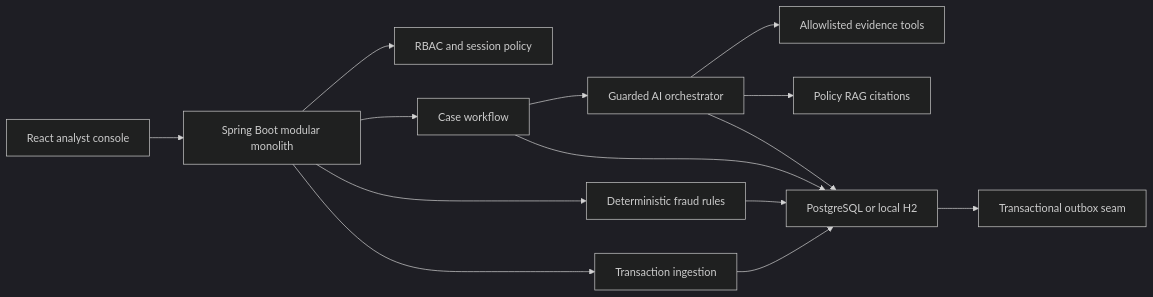
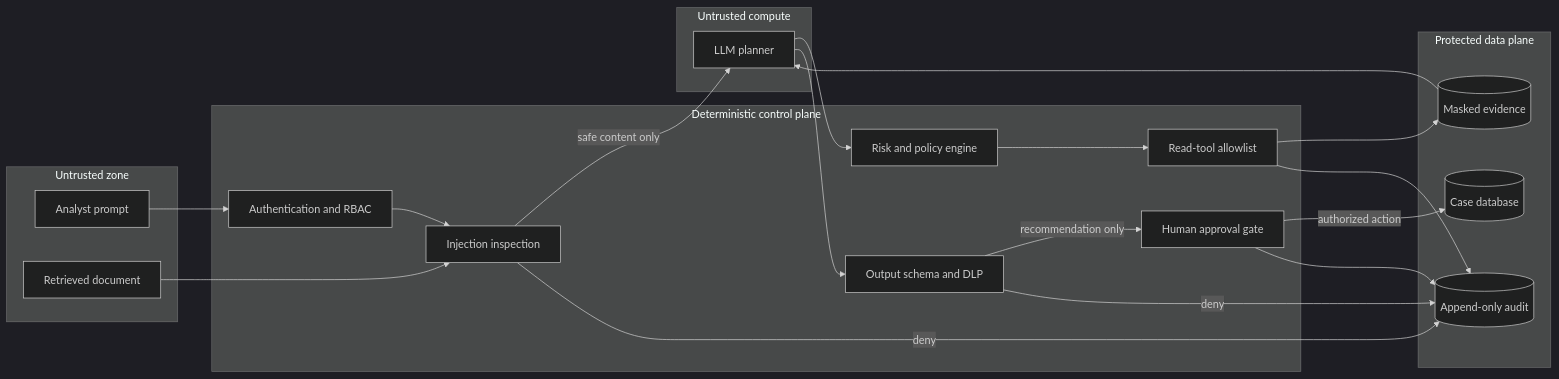
The first of 5 diagrams in ai-risk-fraud-investigation-assistant/docs/DIAGRAMS.md (thechiranjeevjain/HLD), drawn with Mermaid (dark theme) before and after one commit. The commit also changed other lines of this file and 11 other files, not shown here.

Commit message:
Secure AI risk analyst against adversarial inputs

````diff
--- a/ai-risk-fraud-investigation-assistant/docs/DIAGRAMS.md
+++ b/ai-risk-fraud-investigation-assistant/docs/DIAGRAMS.md
@@ -5,16 +5,35 @@
 ```mermaid
 flowchart LR
-    UI["React analyst console"] --> API["Spring Boot modular monolith"]
-    API --> Security["RBAC and session policy"]
-    API --> Transactions["Transaction ingestion"]
-    API --> Rules["Deterministic fraud rules"]
-    API --> Cases["Case workflow"]
-    Cases --> AI["Guarded AI orchestrator"]
-    AI --> Tools["Allowlisted evidence tools"]
-    AI --> RAG["Policy RAG citations"]
-    Transactions --> DB["PostgreSQL or local H2"]
-    Rules --> DB
-    Cases --> DB
-    AI --> DB
-    DB --> Outbox["Transactional outbox seam"]
+    subgraph U["Untrusted zone"]
+        User["Analyst prompt"]
+        Doc["Retrieved document"]
+    end
+    subgraph C["Deterministic control plane"]
+        Auth["Authentication and RBAC"]
+        Guard["Injection inspection"]
+        Policy["Risk and policy engine"]
+        Gateway["Read-tool allowlist"]
+        DLP["Output schema and DLP"]
+        Approval["Human approval gate"]
+    end
+    subgraph M["Untrusted compute"]
+        LLM["LLM planner"]
+    end
+    subgraph D["Protected data plane"]
+        Evidence[("Masked evidence")]
+        CaseDB[("Case database")]
+        Audit[("Append-only audit")]
+    end
+    User --> Auth --> Guard
+    Doc --> Guard
+    Guard -->|safe content only| LLM
+    Guard -->|deny| Audit
+    LLM --> Policy --> Gateway --> Evidence
+    Evidence --> LLM
+    LLM --> DLP
+    DLP -->|recommendation only| Approval
+    DLP -->|deny| Audit
+    Approval -->|authorized action| CaseDB
+    Gateway --> Audit
+    Approval --> Audit
 ```
````
